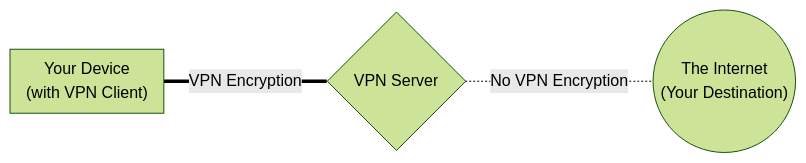
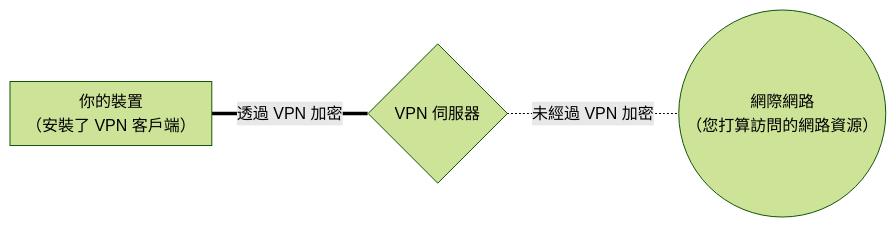
Before and after one commit to privacyguides/i18n: the diagram in i18n/zh-Hant/basics/vpn-overview.md, drawn with Mermaid (forest theme). The commit also changed other lines of this file, not shown here.

Commit message:
New Crowdin translations by GitHub Action

````diff
--- a/i18n/zh-Hant/basics/vpn-overview.md
+++ b/i18n/zh-Hant/basics/vpn-overview.md
@@ -25,7 +25,7 @@
 ``` mermaid
 flowchart LR
- 763931["Your Device<div>(with VPN Client)</div>"] ===|"VPN Encryption"| 404512{"VPN Server"}
- 404512 -.-|"No VPN Encryption"| 593753(("The Internet<div>(Your Destination)</div>"))
- subgraph 763931["Your Device<div>(with VPN Client)</div>"]
+ 763931["你的裝置<div>（安裝了 VPN 客戶端）</div>"] ===|"透過 VPN 加密"| 404512{"VPN 伺服器"}
+ 404512 -.-|"未經過 VPN 加密"| 593753(("網際網路<div>（您打算訪問的網路資源）</div>"))
+ subgraph 763931["你的裝置<div>（安裝了 VPN 客戶端）</div>"]
  end
 ```
````
